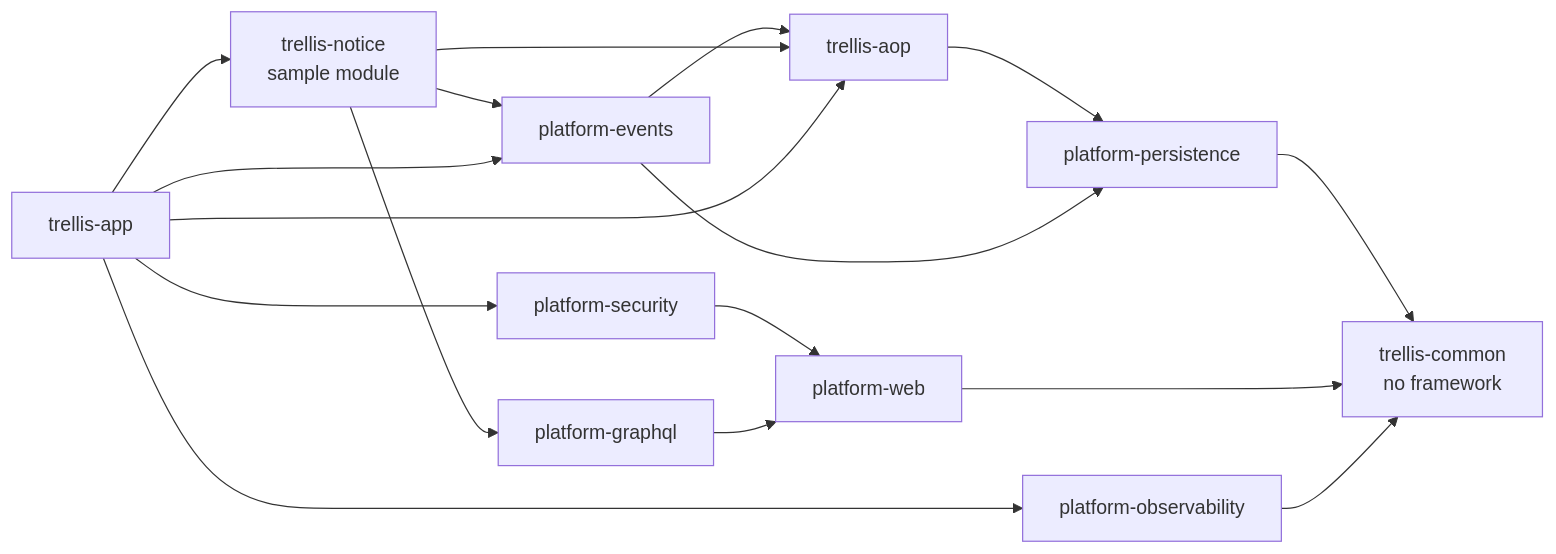
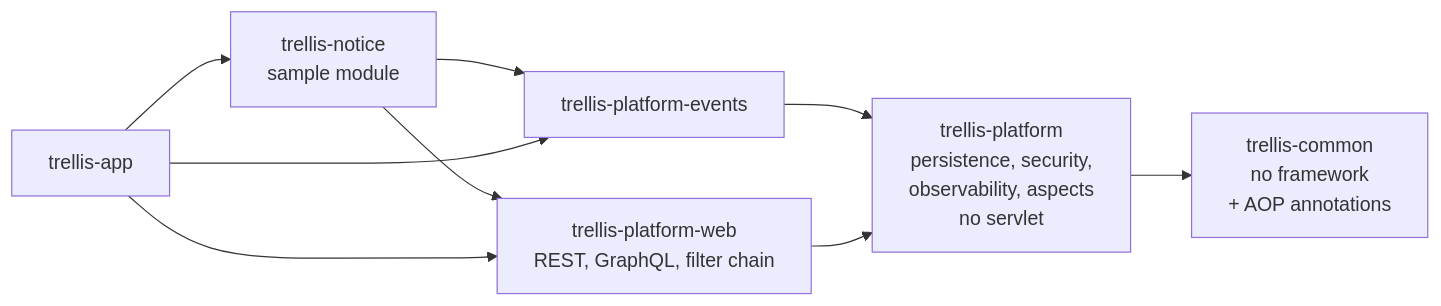
The first of 3 diagrams in docs/architecture/backend.md (tama-nguyen/trellis-backend), drawn with Mermaid before and after one commit. The commit also changed other lines of this file and 46 other files, not shown here.

````diff
--- a/docs/architecture/backend.md
+++ b/docs/architecture/backend.md
@@ -11,23 +11,14 @@
 ```mermaid
 flowchart LR
-  common[trellis-common<br/>no framework]
-  persistence[platform-persistence]
-  web[platform-web]
-  security[platform-security]
-  obs[platform-observability]
-  aop[trellis-aop]
-  events[platform-events]
-  graphql[platform-graphql]
+  common[trellis-common<br/>no framework<br/>+ AOP annotations]
+  platform[trellis-platform<br/>persistence, security,<br/>observability, aspects<br/>no servlet]
+  events[trellis-platform-events]
+  web[trellis-platform-web<br/>REST, GraphQL, filter chain]
   notice[trellis-notice<br/>sample module]
   app[trellis-app]
-  persistence --> common
-  web --> common
-  security --> web
-  obs --> common
-  aop --> persistence
-  events --> persistence
-  events --> aop
-  graphql --> web
-  notice --> events & graphql & aop
-  app --> security & obs & events & aop & notice
+  platform --> common
+  events --> platform
+  web --> platform
+  notice --> events & web
+  app --> web & events & notice
 ```
````
